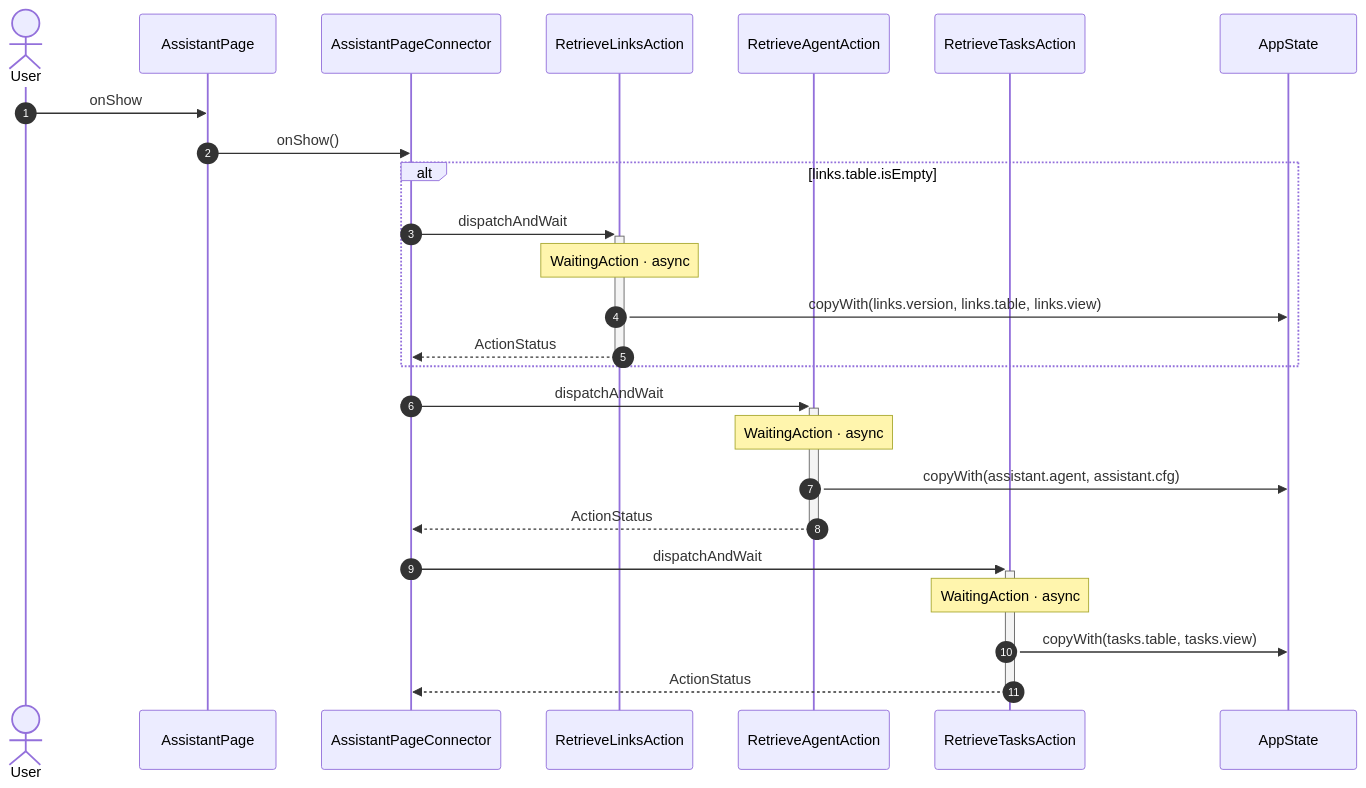
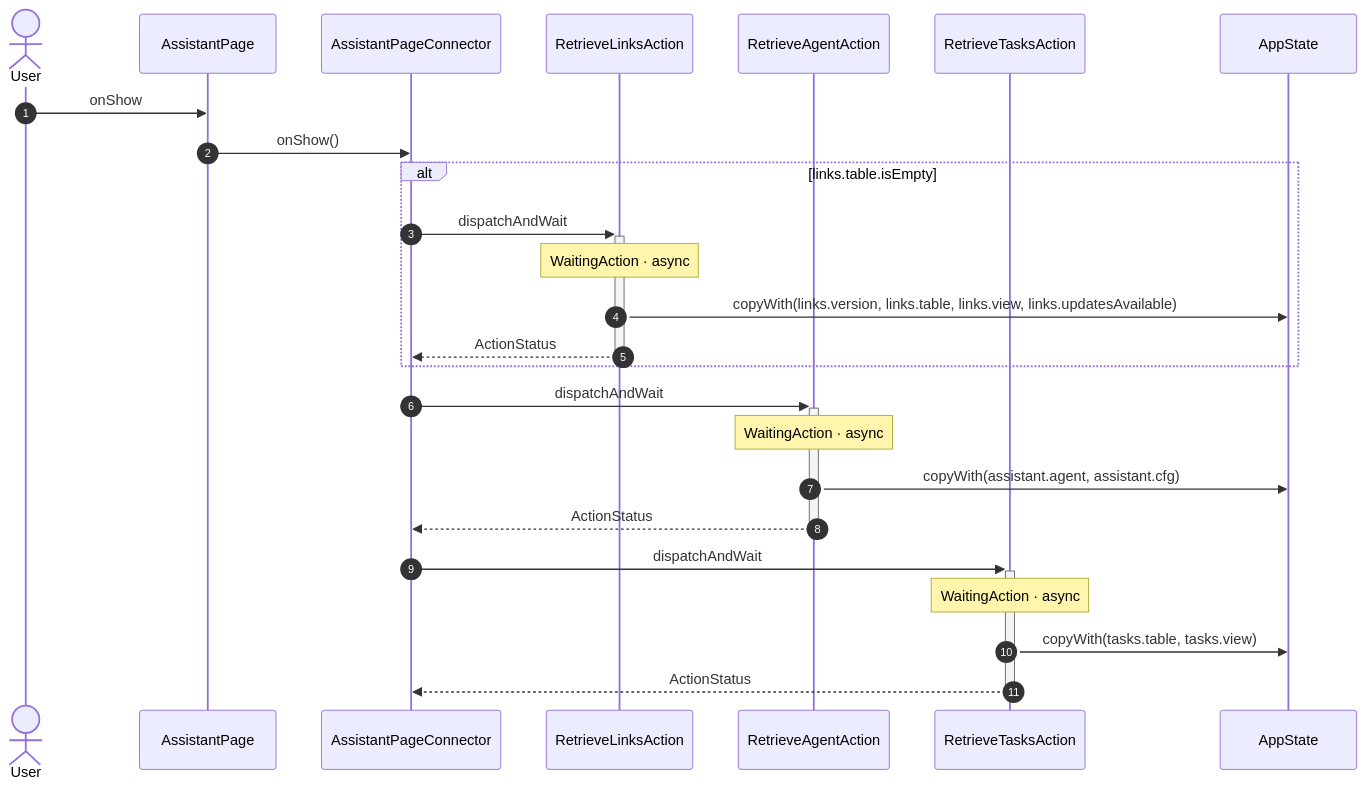
Before and after one commit to gencto/wyrm: the first of 8 diagrams in studio/docs/flows/assistant.md, drawn with Mermaid. The commit also changed other lines of this file and 131 other files, not shown here.

````diff
--- a/studio/docs/flows/assistant.md
+++ b/studio/docs/flows/assistant.md
@@ -9,28 +9,28 @@
 ```mermaid
 sequenceDiagram
     autonumber
     actor User
     participant UI as AssistantPage
     participant VM as AssistantPageConnector
     participant A1 as RetrieveLinksAction
     participant A2 as RetrieveAgentAction
     participant A3 as RetrieveTasksAction
     participant ST as AppState
 
     User->>UI: onShow
     UI->>VM: onShow()
     alt links.table.isEmpty
         VM->>+A1: dispatchAndWait
         Note over A1: WaitingAction · async
-        A1->>ST: copyWith(links.version, links.table, links.view)
+        A1->>ST: copyWith(links.version, links.table, links.view, links.updatesAvailable)
         A1-->>-VM: ActionStatus
     end
     VM->>+A2: dispatchAndWait
     Note over A2: WaitingAction · async
     A2->>ST: copyWith(assistant.agent, assistant.cfg)
     A2-->>-VM: ActionStatus
     VM->>+A3: dispatchAndWait
     Note over A3: WaitingAction · async
     A3->>ST: copyWith(tasks.table, tasks.view)
     A3-->>-VM: ActionStatus
 ```
````
